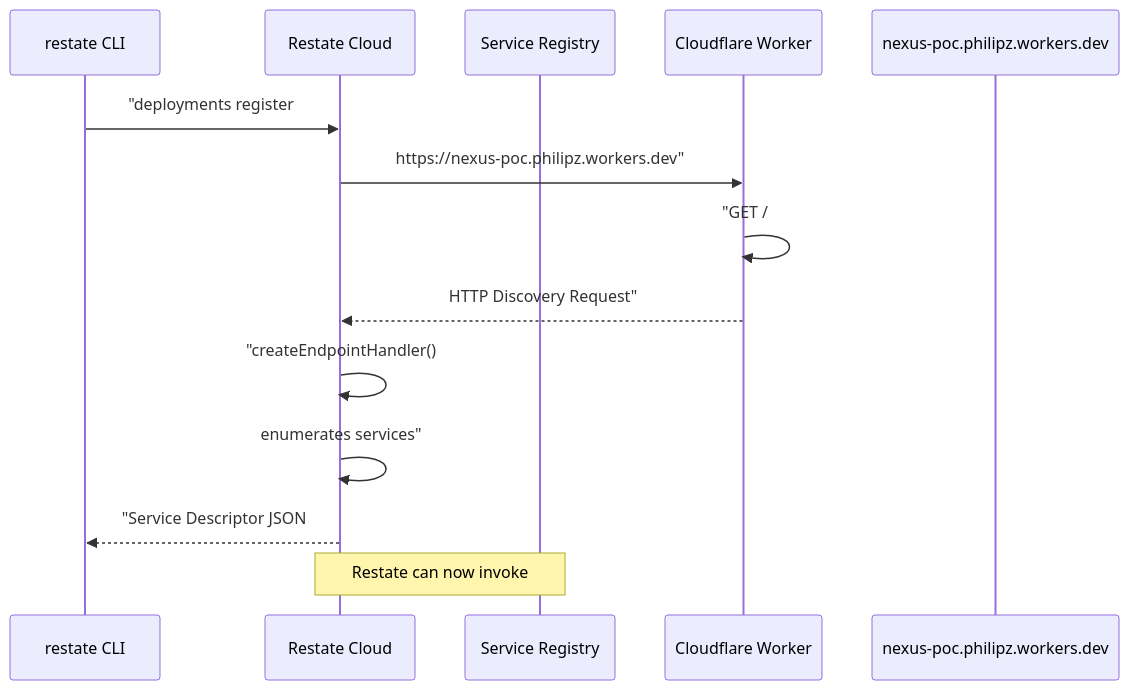
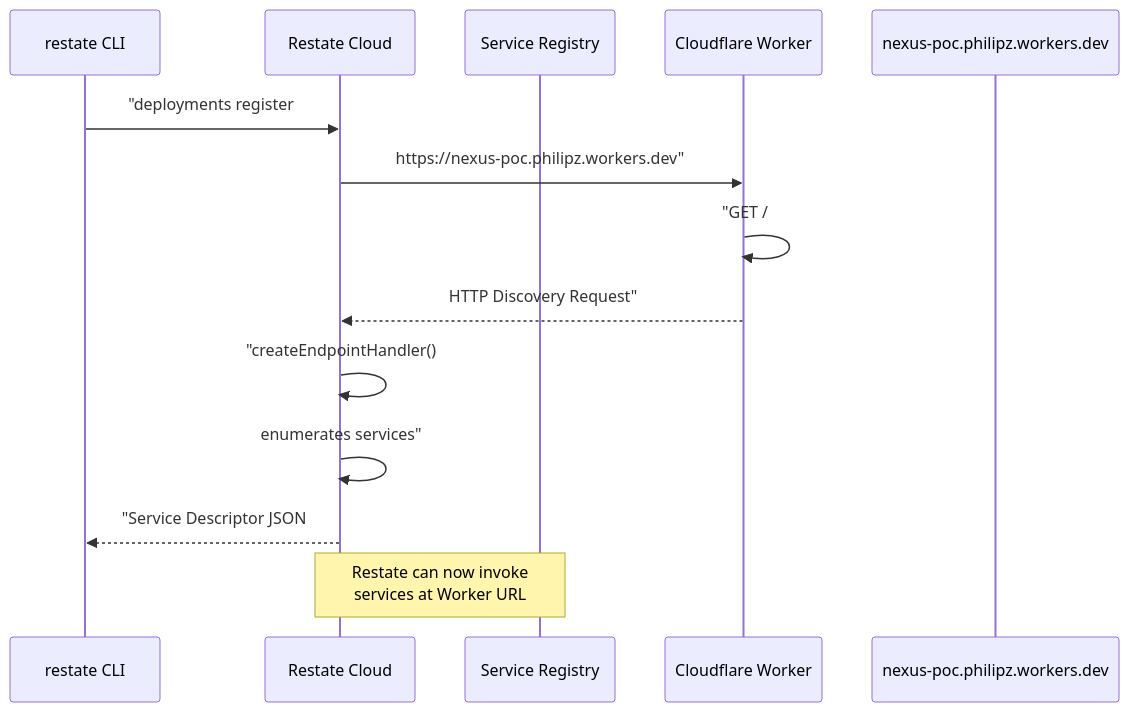
One commit to philipz/restate-cloudflare-workers-poc changed the fifth of 6 diagrams in docs/deepwiki/Cloud-Deployment.md. Above: the diagram before and after it, drawn with Mermaid. The commit also changed other lines of this file and 27 other files, not shown here.

````diff
--- a/docs/deepwiki/Cloud-Deployment.md
+++ b/docs/deepwiki/Cloud-Deployment.md
@@ -334,17 +334,17 @@
 ```mermaid
 sequenceDiagram
   participant restate CLI
   participant Restate Cloud
   participant Service Registry
   participant Cloudflare Worker
   participant nexus-poc.philipz.workers.dev
 
   restate CLI->>Restate Cloud: "deployments register
   Restate Cloud->>Cloudflare Worker: https://nexus-poc.philipz.workers.dev"
   Cloudflare Worker->>Cloudflare Worker: "GET /
   Cloudflare Worker-->>Restate Cloud: HTTP Discovery Request"
   Restate Cloud->>Restate Cloud: "createEndpointHandler()
   Restate Cloud->>Restate Cloud: enumerates services"
   Restate Cloud-->>restate CLI: "Service Descriptor JSON
-  note over Restate Cloud,Service Registry: Restate can now invoke
+  note over Restate Cloud,Service Registry: Restate can now invoke<br/>services at Worker URL
 ```
````
